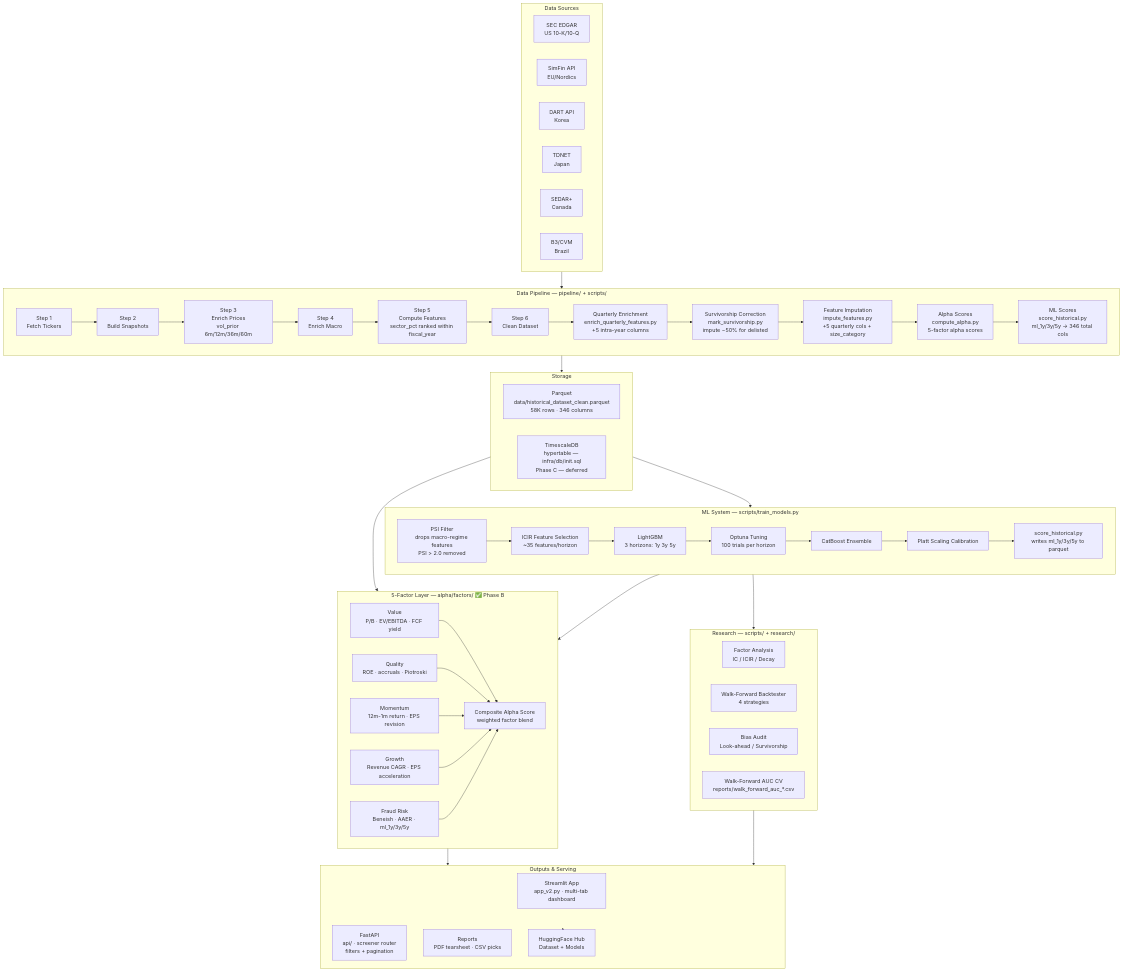
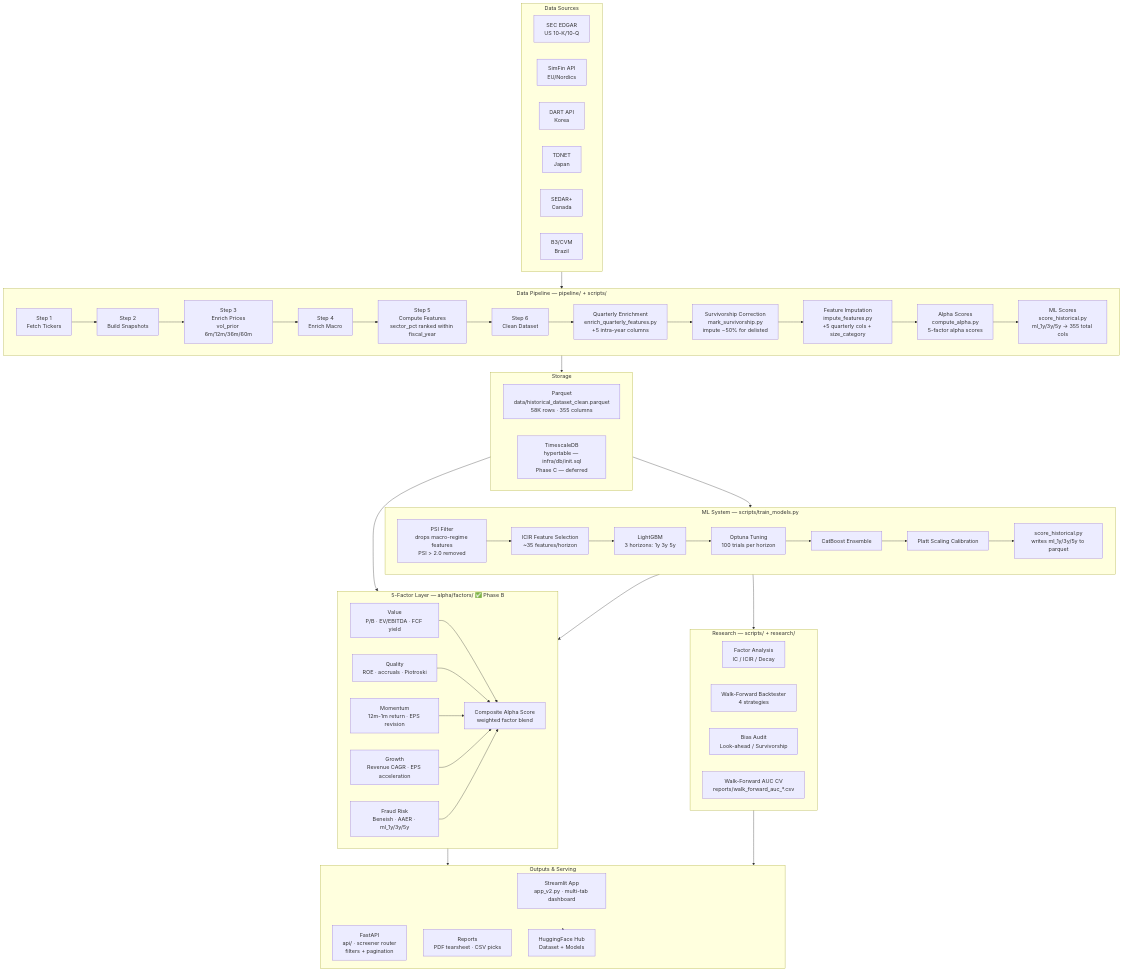
One commit to sherlock718/stock-fraud-screener changed the first of 3 diagrams in docs/architecture.md. Above: the diagram before and after it, drawn with Mermaid. The commit also changed 6 other files, not shown here.

````diff
--- a/docs/architecture.md
+++ b/docs/architecture.md
@@ -7,76 +7,76 @@
 ```mermaid
 graph TB
     subgraph Sources["Data Sources"]
         A1[SEC EDGAR<br/>US 10-K/10-Q]
         A2[SimFin API<br/>EU/Nordics]
         A3[DART API<br/>Korea]
         A4[TDNET<br/>Japan]
         A5[SEDAR+<br/>Canada]
         A6[B3/CVM<br/>Brazil]
     end
 
     subgraph Pipeline["Data Pipeline — pipeline/ + scripts/"]
         B1[Step 1<br/>Fetch Tickers]
         B2[Step 2<br/>Build Snapshots]
         B3[Step 3<br/>Enrich Prices<br/>vol_prior 6m/12m/36m/60m]
         B4[Step 4<br/>Enrich Macro]
         B5[Step 5<br/>Compute Features<br/>sector_pct ranked within fiscal_year]
         B6[Step 6<br/>Clean Dataset]
         B7[Quarterly Enrichment<br/>enrich_quarterly_features.py<br/>+5 intra-year columns]
         B8[Survivorship Correction<br/>mark_survivorship.py<br/>impute −50% for delisted]
         B9[Feature Imputation<br/>impute_features.py<br/>+5 quarterly cols + size_category]
         B10[Alpha Scores<br/>compute_alpha.py<br/>5-factor alpha scores]
-        B11[ML Scores<br/>score_historical.py<br/>ml_1y/3y/5y → 346 total cols]
+        B11[ML Scores<br/>score_historical.py<br/>ml_1y/3y/5y → 355 total cols]
         B1 --> B2 --> B3 --> B4 --> B5 --> B6 --> B7 --> B8 --> B9 --> B10 --> B11
     end
 
     subgraph Factors["5-Factor Layer — alpha/factors/ ✅ Phase B"]
         F1[Value<br/>P/B · EV/EBITDA · FCF yield]
         F2[Quality<br/>ROE · accruals · Piotroski]
         F3[Momentum<br/>12m-1m return · EPS revision]
         F4[Growth<br/>Revenue CAGR · EPS acceleration]
         F5[Fraud Risk<br/>Beneish · AAER · ml_1y/3y/5y]
         FA[Composite Alpha Score<br/>weighted factor blend]
         F1 & F2 & F3 & F4 & F5 --> FA
     end
 
     subgraph ML["ML System — scripts/train_models.py"]
         C0[PSI Filter<br/>drops macro-regime features<br/>PSI > 2.0 removed]
         C1[ICIR Feature Selection<br/>~35 features/horizon]
         C2[LightGBM<br/>3 horizons: 1y 3y 5y]
         C3[Optuna Tuning<br/>100 trials per horizon]
         C4[CatBoost Ensemble]
         C5[Platt Scaling Calibration]
         C6[score_historical.py<br/>writes ml_1y/3y/5y to parquet]
         C0 --> C1 --> C2 --> C3 --> C4 --> C5 --> C6
     end
 
     subgraph Research["Research — scripts/ + research/"]
         D1[Factor Analysis<br/>IC / ICIR / Decay]
         D2[Walk-Forward Backtester<br/>4 strategies]
         D3[Bias Audit<br/>Look-ahead / Survivorship]
         D4[Walk-Forward AUC CV<br/>reports/walk_forward_auc_*.csv]
     end
 
     subgraph Storage["Storage"]
-        S1[Parquet<br/>data/historical_dataset_clean.parquet<br/>58K rows · 346 columns]
+        S1[Parquet<br/>data/historical_dataset_clean.parquet<br/>58K rows · 355 columns]
         S2[TimescaleDB<br/>hypertable — infra/db/init.sql<br/>Phase C — deferred]
     end
 
     subgraph Outputs["Outputs & Serving"]
         E1[Streamlit App<br/>app_v2.py · multi-tab dashboard]
         E2[FastAPI<br/>api/ · screener router<br/>filters + pagination]
         E3[Reports<br/>PDF tearsheet · CSV picks]
         E4[HuggingFace Hub<br/>Dataset + Models]
     end
 
     Sources --> Pipeline
     Pipeline --> Storage
     Storage --> ML
     Storage --> Factors
     ML --> Factors
     ML --> Research
     Factors --> Outputs
     Research --> Outputs
     Outputs --> E4
 ```
````
